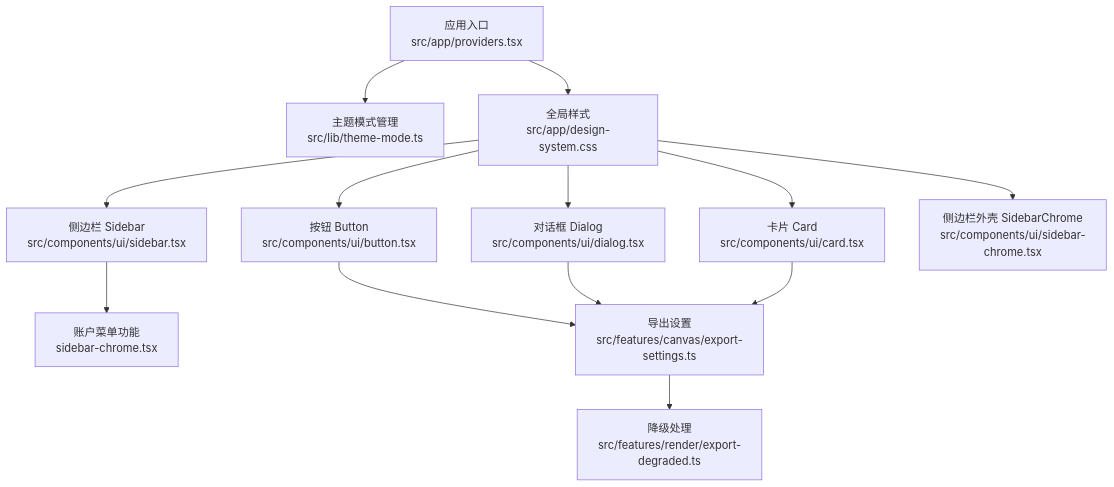
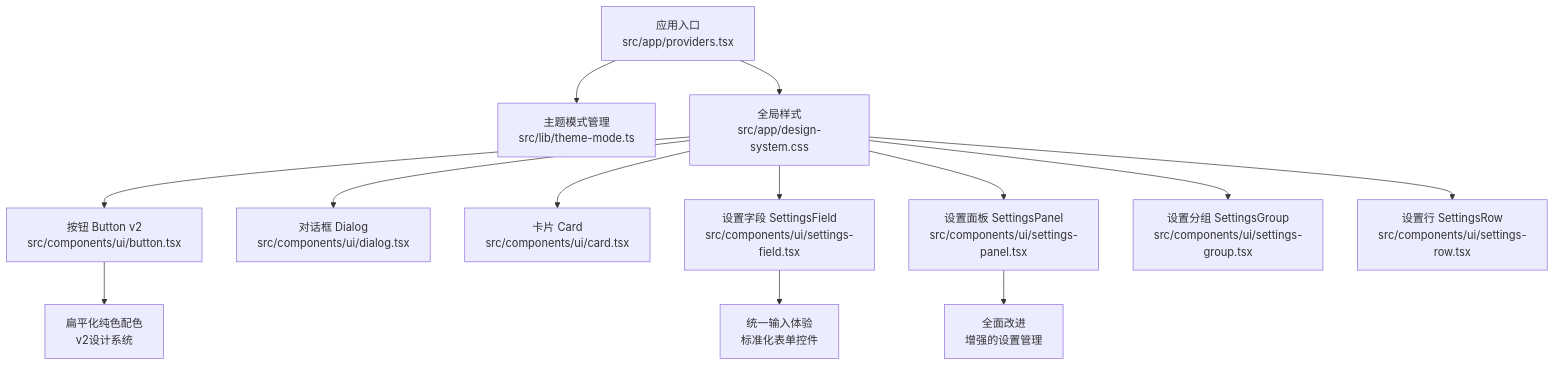
Before and after one commit to scottcwy/PurpleInk: the first of 6 diagrams in .qoder/repowiki/zh/content/前端架构/组件系统/基础UI组件.md, drawn with Mermaid. The commit also changed other lines of this file and 48 other files, not shown here.

````diff
--- a/.qoder/repowiki/zh/content/前端架构/组件系统/基础UI组件.md
+++ b/.qoder/repowiki/zh/content/前端架构/组件系统/基础UI组件.md
@@ -50,15 +55,15 @@
 ```mermaid
 graph TB
 A["应用入口<br/>src/app/providers.tsx"] --> B["主题模式管理<br/>src/lib/theme-mode.ts"]
 A --> C["全局样式<br/>src/app/design-system.css"]
-C --> D["按钮 Button<br/>src/components/ui/button.tsx"]
+C --> D["按钮 Button v2<br/>src/components/ui/button.tsx"]
 C --> E["对话框 Dialog<br/>src/components/ui/dialog.tsx"]
 C --> F["卡片 Card<br/>src/components/ui/card.tsx"]
-C --> G["侧边栏 Sidebar<br/>src/components/ui/sidebar.tsx"]
-C --> H["侧边栏外壳 SidebarChrome<br/>src/components/ui/sidebar-chrome.tsx"]
-G --> I["账户菜单功能<br/>sidebar-chrome.tsx"]
-D --> J["导出设置<br/>src/features/canvas/export-settings.ts"]
-E --> J
-F --> J
-J --> K["降级处理<br/>src/features/render/export-degraded.ts"]
+C --> G["设置字段 SettingsField<br/>src/components/ui/settings-field.tsx"]
+C --> H["设置面板 SettingsPanel<br/>src/components/ui/settings-panel.tsx"]
+C --> I["设置分组 SettingsGroup<br/>src/components/ui/settings-group.tsx"]
+C --> J["设置行 SettingsRow<br/>src/components/ui/settings-row.tsx"]
+D --> K["扁平化纯色配色<br/>v2设计系统"]
+G --> L["统一输入体验<br/>标准化表单控件"]
+H --> M["全面改进<br/>增强的设置管理"]
 ```
````
